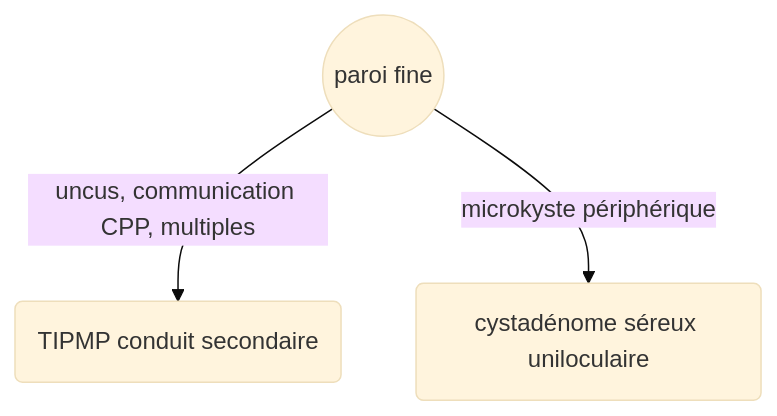
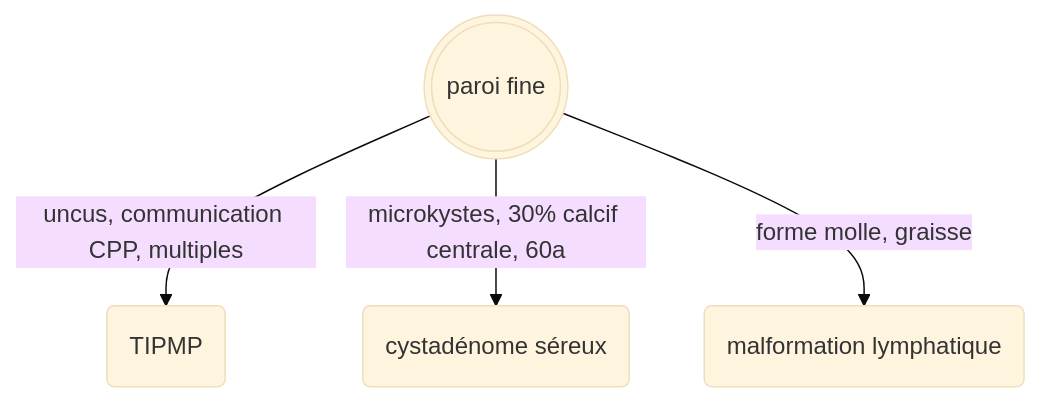
One commit to drlefevre/drlef changed the second of 3 diagrams in docs/dig/pancreas.md. Above: the diagram before and after it, drawn with Mermaid (base theme). The commit also changed other lines of this file and 10 other files, not shown here.

````diff
--- a/docs/dig/pancreas.md
+++ b/docs/dig/pancreas.md
@@ -108,5 +109,6 @@
     ``` mermaid
     flowchart TD
-        E((paroi fine)) -->|uncus, communication CPP, multiples| G(TIPMP conduit secondaire); 
-        E -->|microkyste périphérique| H(cystadénome séreux uniloculaire);
+        D(((paroi fine))) -->|uncus, communication CPP, multiples| L(TIPMP);
+        D -->|microkystes, 30% calcif centrale, 60a| N(cystadénome séreux);
+        D -->|forme molle, graisse| M(malformation lymphatique);
     ```
````
